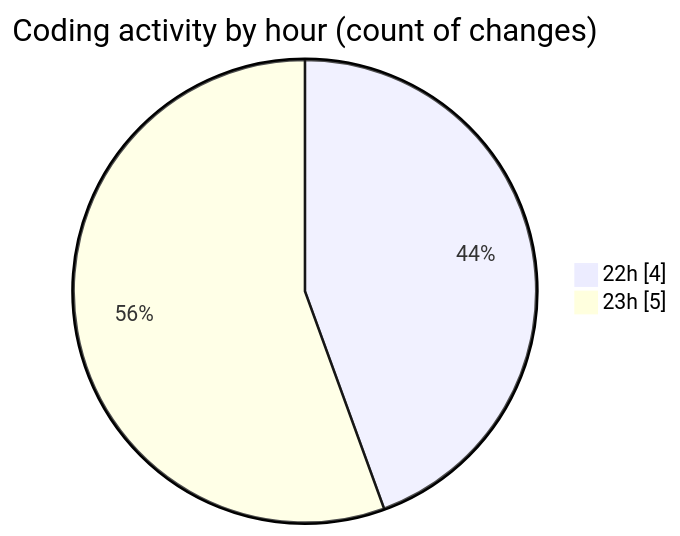
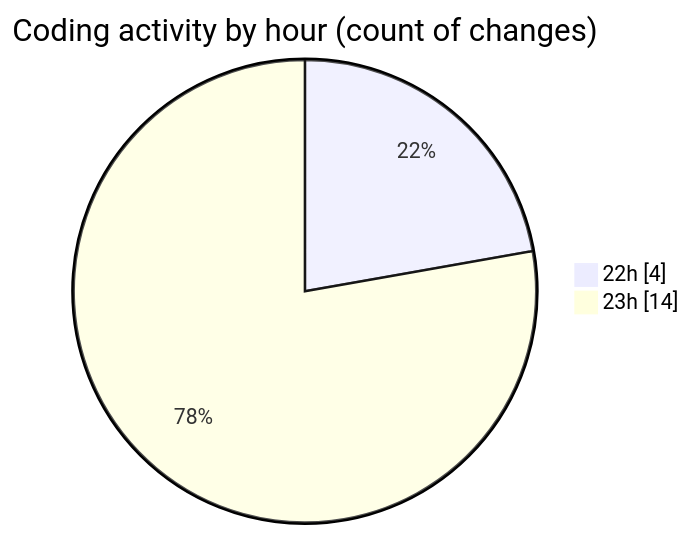
One commit to lephambinh05/code-tracking changed the second of 2 diagrams in 2025-07-11/eduwallet-main/README.md. Above: the diagram before and after it, drawn with Mermaid. The commit also changed other lines of this file and 1 other file, not shown here.

````diff
--- a/2025-07-11/eduwallet-main/README.md
+++ b/2025-07-11/eduwallet-main/README.md
@@ -34,6 +41,6 @@
 ```mermaid
 pie showData
 title Coding activity by hour (count of changes)
 "22h" : 4
-"23h" : 5
+"23h" : 14
 ```
````
